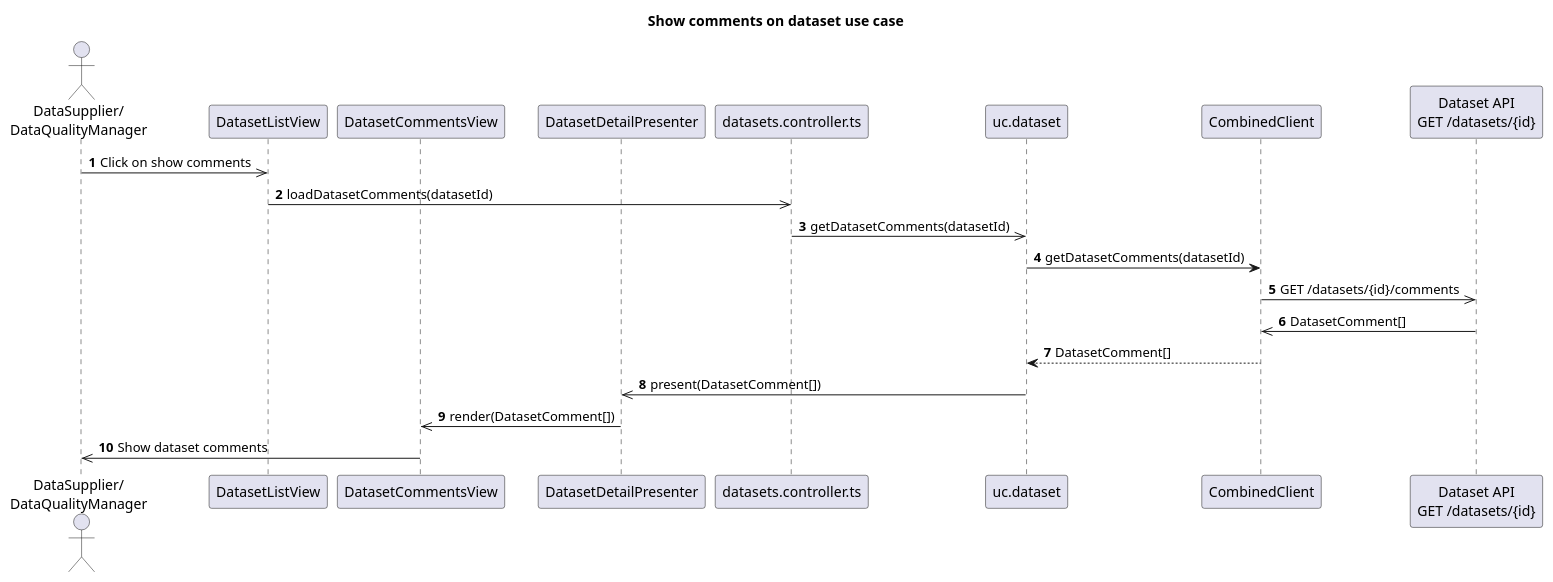
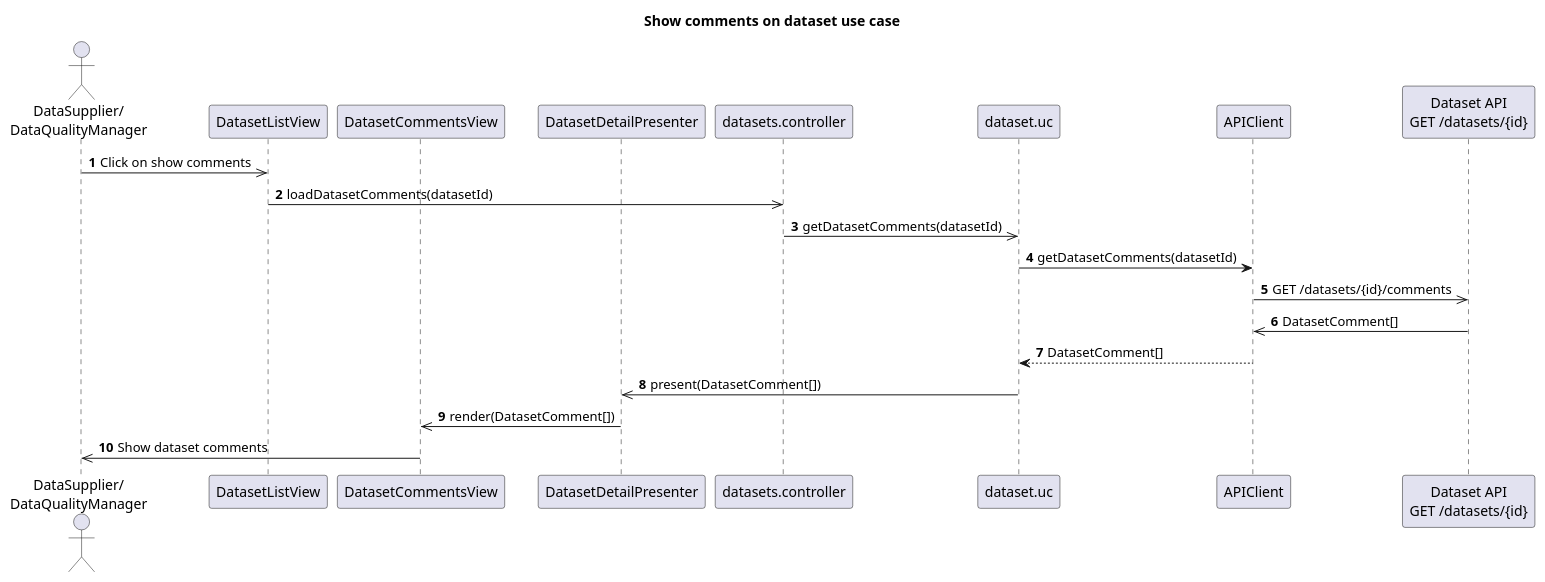
One commit to POP2025-EEPW/doorce-frontend changed the diagram in diagrams/sequence/listDatasetComments.puml. Above: the diagram before and after it, drawn with PlantUML. The commit also changed 1 other file, not shown here.

Commit message:
fix: fix diagrams

```diff
--- a/diagrams/sequence/listDatasetComments.puml
+++ b/diagrams/sequence/listDatasetComments.puml
@@ -1,26 +1,26 @@
 @startuml
 title Show comments on dataset use case
 autonumber
 
 actor "DataSupplier/\nDataQualityManager" as User
 
 participant "DatasetListView" as DatasetList
 participant "DatasetCommentsView" as View
 participant "DatasetDetailPresenter" as Presenter
-participant "datasets.controller.ts" as Controller
-participant "uc.dataset" as UseCase
-participant "CombinedClient" as Client
+participant "datasets.controller" as Controller
+participant "dataset.uc" as UseCase
+participant "APIClient" as Client
 participant "Dataset API\nGET /datasets/{id}" as Http
 
 User ->> DatasetList : Click on show comments
 DatasetList ->> Controller : loadDatasetComments(datasetId)
 Controller ->> UseCase : getDatasetComments(datasetId)
 UseCase -> Client : getDatasetComments(datasetId)
 Client ->> Http : GET /datasets/{id}/comments
 Http ->> Client : DatasetComment[]
 Client --> UseCase : DatasetComment[]
 UseCase ->> Presenter : present(DatasetComment[])
 Presenter ->> View : render(DatasetComment[])
 View ->> User : Show dataset comments
 
 @enduml
```
